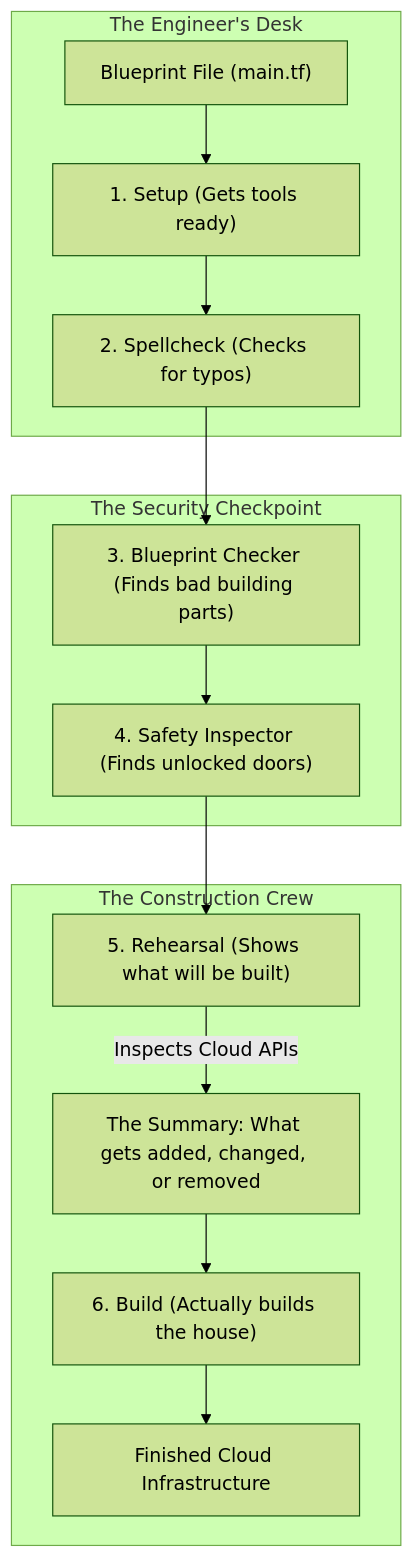
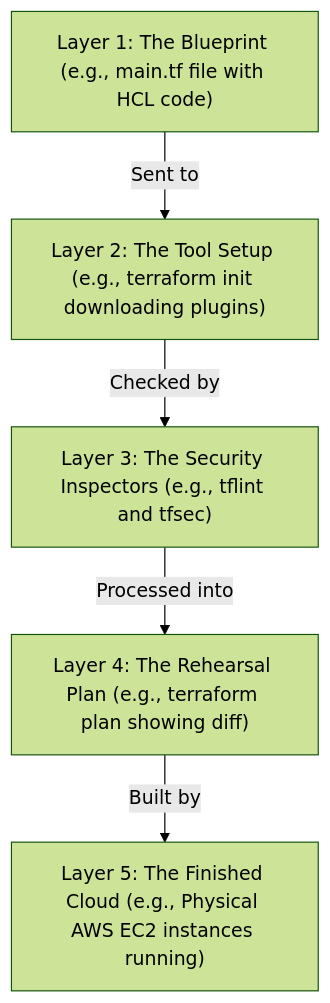
Before and after one commit to aloysiuspattath/platform-engineering-ai-course: the diagram in website/pages/modules/module-08/lesson-01.md, drawn with Mermaid (forest theme). The commit also changed 56 other files, not shown here.

Commit message:
refactor: simplify architecture diagrams into single-line layered models

````diff
--- a/website/pages/modules/module-08/lesson-01.md
+++ b/website/pages/modules/module-08/lesson-01.md
@@ -122,19 +124,7 @@
 ```mermaid
 flowchart TD
-    subgraph DeveloperWorkspace [The Engineer's Desk]
-        HCL["Blueprint File (main.tf)"] --> INIT["1. Setup (Gets tools ready)"]
-        INIT --> FMT["2. Spellcheck (Checks for typos)"]
-    end
-
-    subgraph SecurityGate [The Security Checkpoint]
-        FMT --> TFLINT["3. Blueprint Checker (Finds bad building parts)"]
-        TFLINT --> TFSEC["4. Safety Inspector (Finds unlocked doors)"]
-    end
-
-    subgraph ExecutionEngine [The Construction Crew]
-        TFSEC --> PLAN["5. Rehearsal (Shows what will be built)"]
-        PLAN -->|Inspects Cloud APIs| DIFF["The Summary: What gets added, changed, or removed"]
-        DIFF --> APPLY["6. Build (Actually builds the house)"]
-        APPLY --> CLOUD["Finished Cloud Infrastructure"]
-    end
+    L1["Layer 1: The Blueprint (e.g., main.tf file with HCL code)"] -->|Sent to| L2["Layer 2: The Tool Setup (e.g., terraform init downloading plugins)"]
+    L2 -->|Checked by| L3["Layer 3: The Security Inspectors (e.g., tflint and tfsec)"]
+    L3 -->|Processed into| L4["Layer 4: The Rehearsal Plan (e.g., terraform plan showing diff)"]
+    L4 -->|Built by| L5["Layer 5: The Finished Cloud (e.g., Physical AWS EC2 instances running)"]
 ```
````
